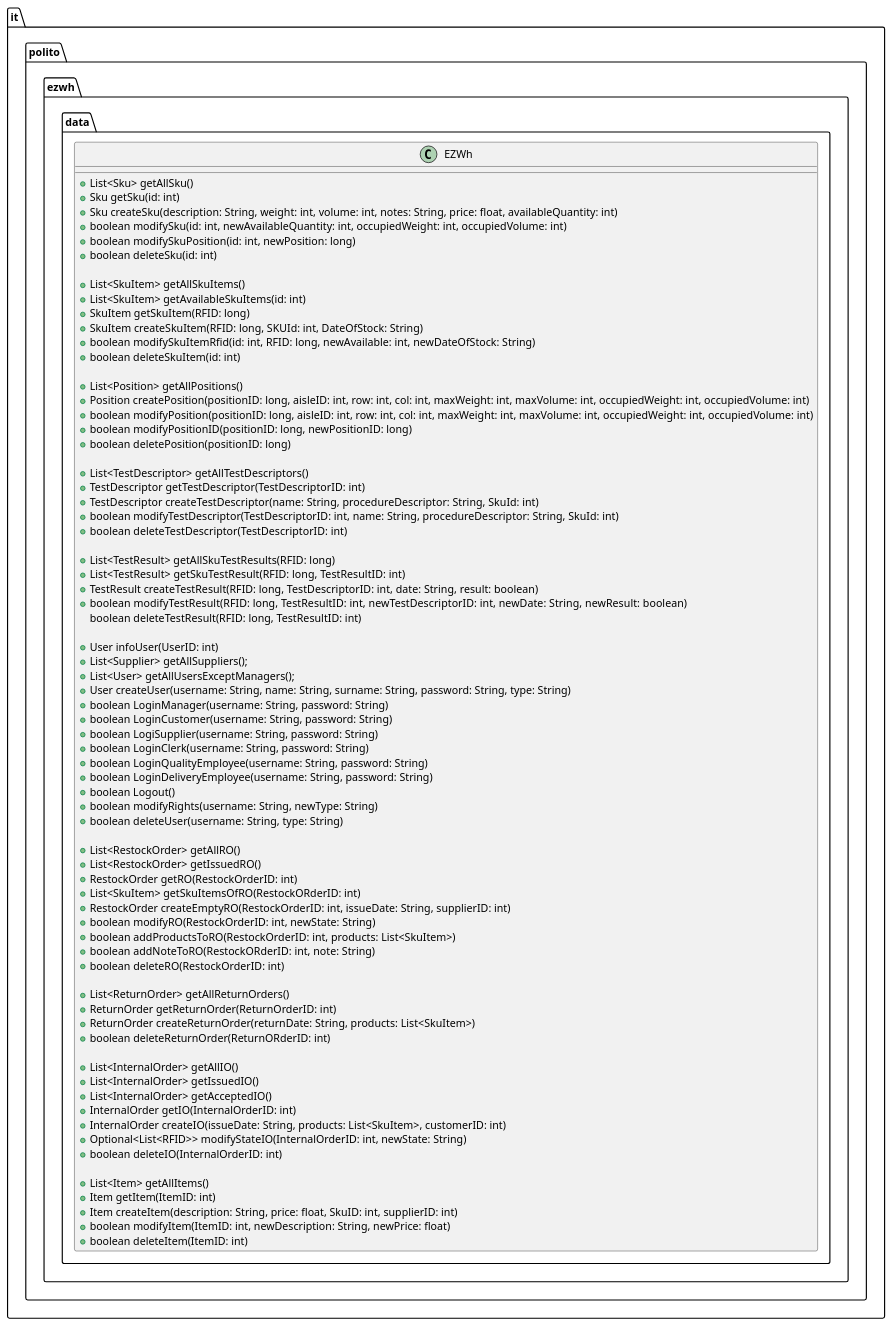
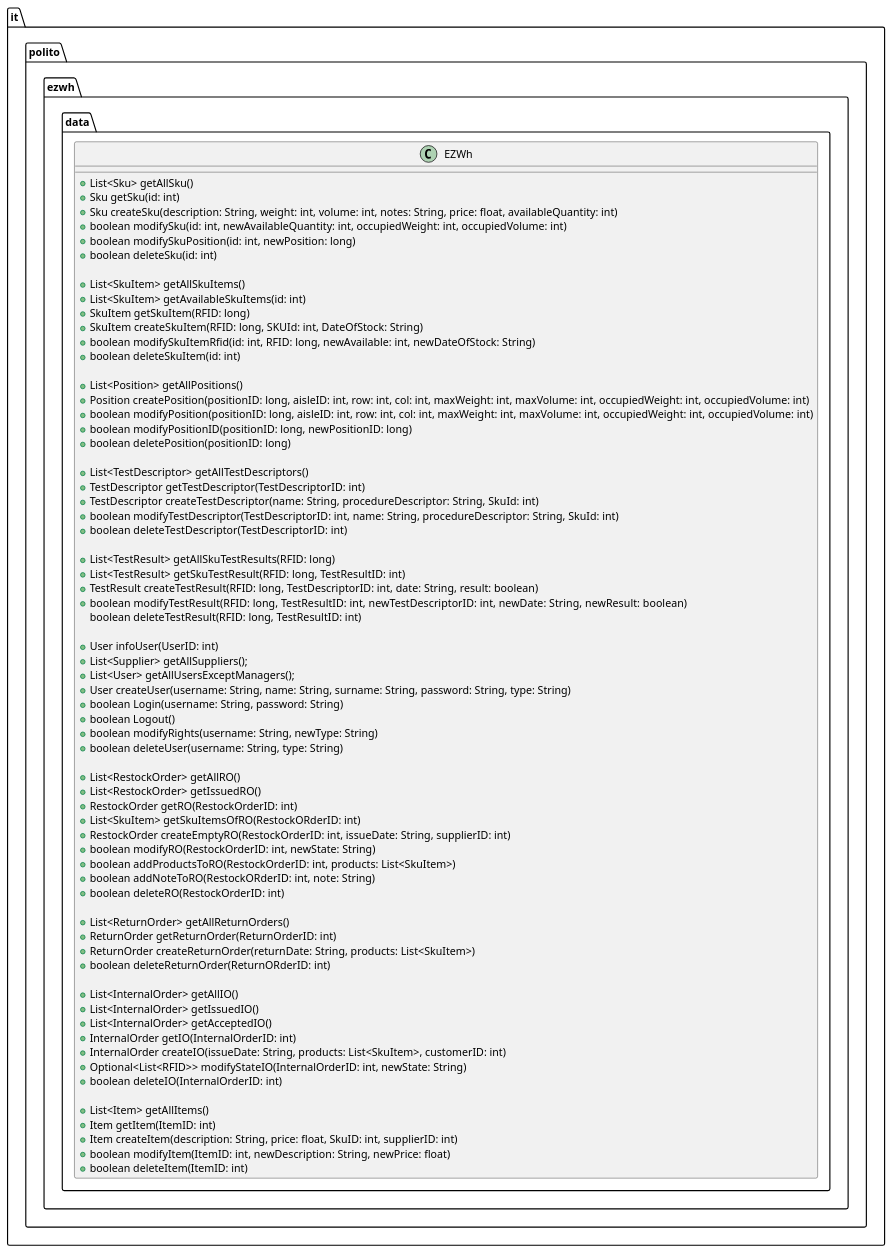
The fifth of 28 diagrams in DesignDocument.md (kevinmascitti/Warehouse-management-software), drawn with PlantUML before and after one commit. The commit also changed other lines of this file, not shown here.

```diff
--- a/DesignDocument.md
+++ b/DesignDocument.md
@@ -167,12 +188,7 @@
     +List<Supplier> getAllSuppliers();
     +List<User> getAllUsersExceptManagers();
     +User createUser(username: String, name: String, surname: String, password: String, type: String)
-    +boolean LoginManager(username: String, password: String)
-    +boolean LoginCustomer(username: String, password: String)
-    +boolean LogiSupplier(username: String, password: String)
-    +boolean LoginClerk(username: String, password: String)
-    +boolean LoginQualityEmployee(username: String, password: String)
-    +boolean LoginDeliveryEmployee(username: String, password: String)
+    +boolean Login(username: String, password: String)
     +boolean Logout()
     +boolean modifyRights(username: String, newType: String)
     +boolean deleteUser(username: String, type: String)
```
